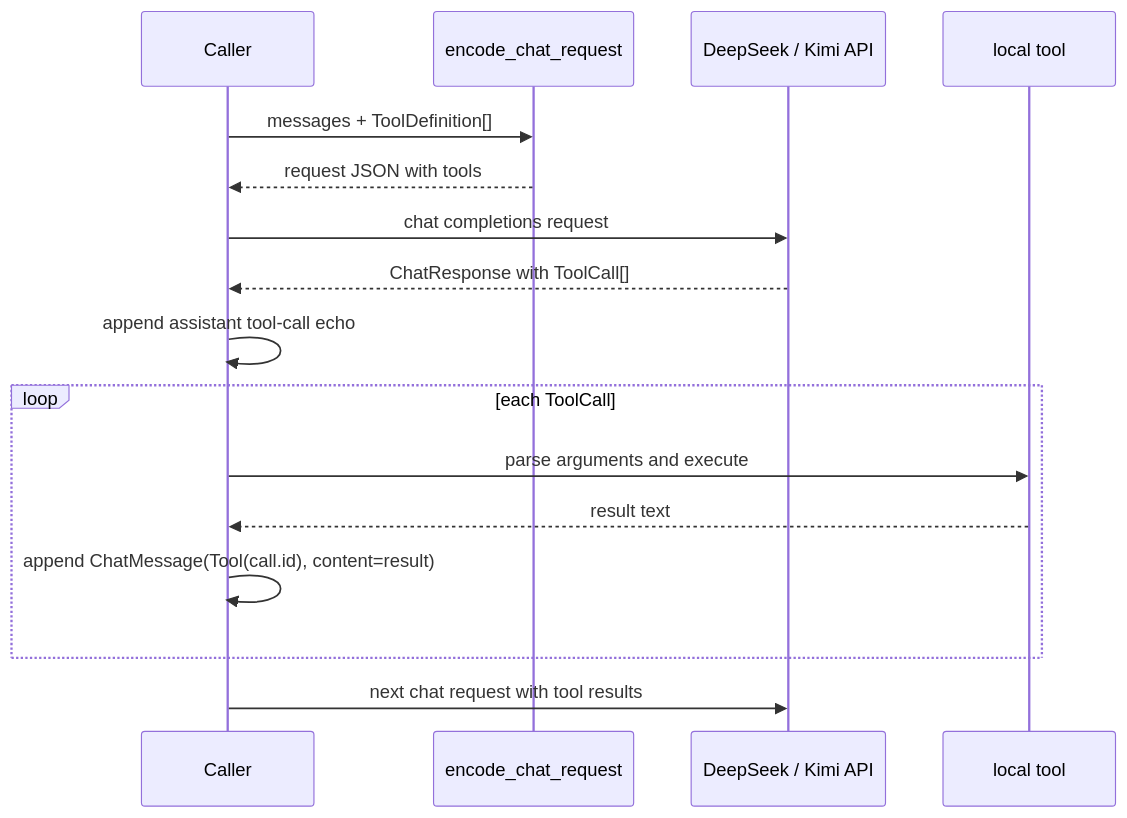
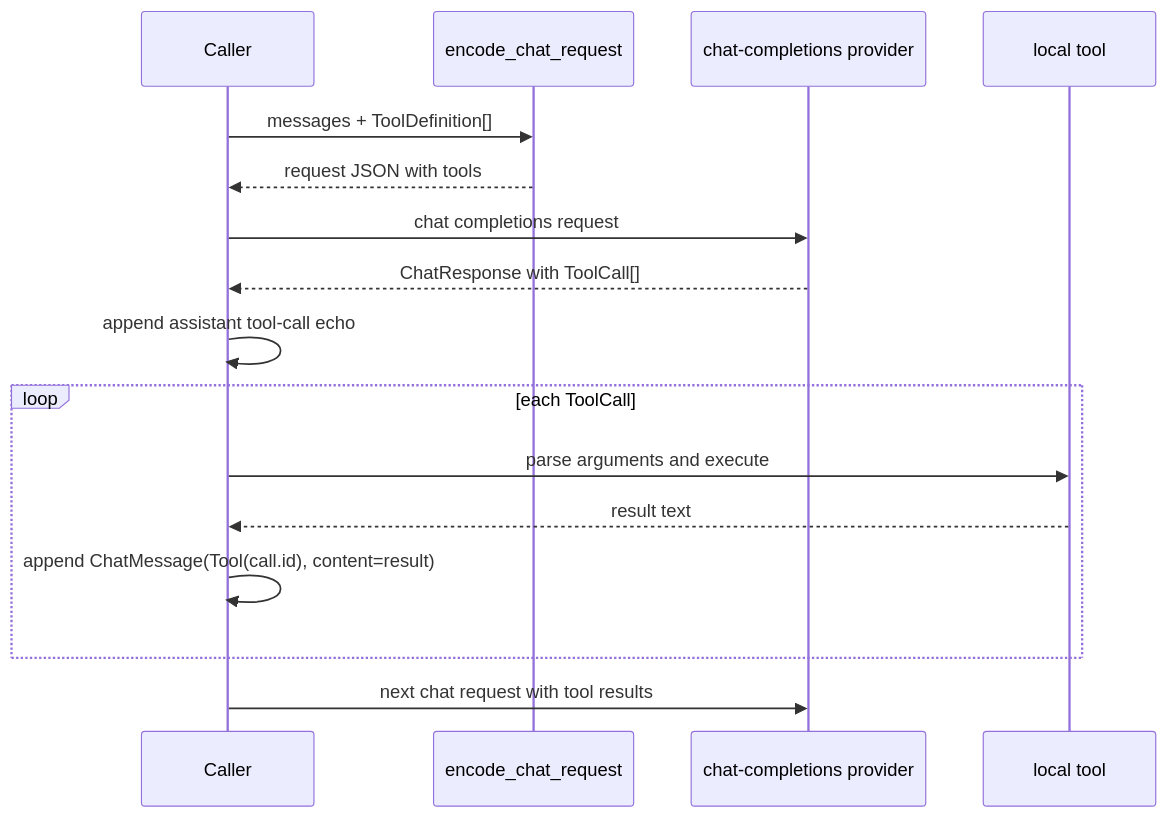
The fourth of 4 diagrams in deepseek/README.mbt.md (0717lee/openseek), drawn with Mermaid before and after one commit. The commit also changed other lines of this file and 26 other files, not shown here.

````diff
--- a/deepseek/README.mbt.md
+++ b/deepseek/README.mbt.md
@@ -203,19 +217,19 @@
 ```mermaid
 sequenceDiagram
   participant Caller
   participant Encoder as encode_chat_request
-  participant API as DeepSeek / Kimi API
+  participant API as chat-completions provider
   participant Tool as local tool
 
   Caller->>Encoder: messages + ToolDefinition[]
   Encoder-->>Caller: request JSON with tools
   Caller->>API: chat completions request
   API-->>Caller: ChatResponse with ToolCall[]
   Caller->>Caller: append assistant tool-call echo
   loop each ToolCall
     Caller->>Tool: parse arguments and execute
     Tool-->>Caller: result text
     Caller->>Caller: append ChatMessage(Tool(call.id), content=result)
   end
   Caller->>API: next chat request with tool results
 ```
````
